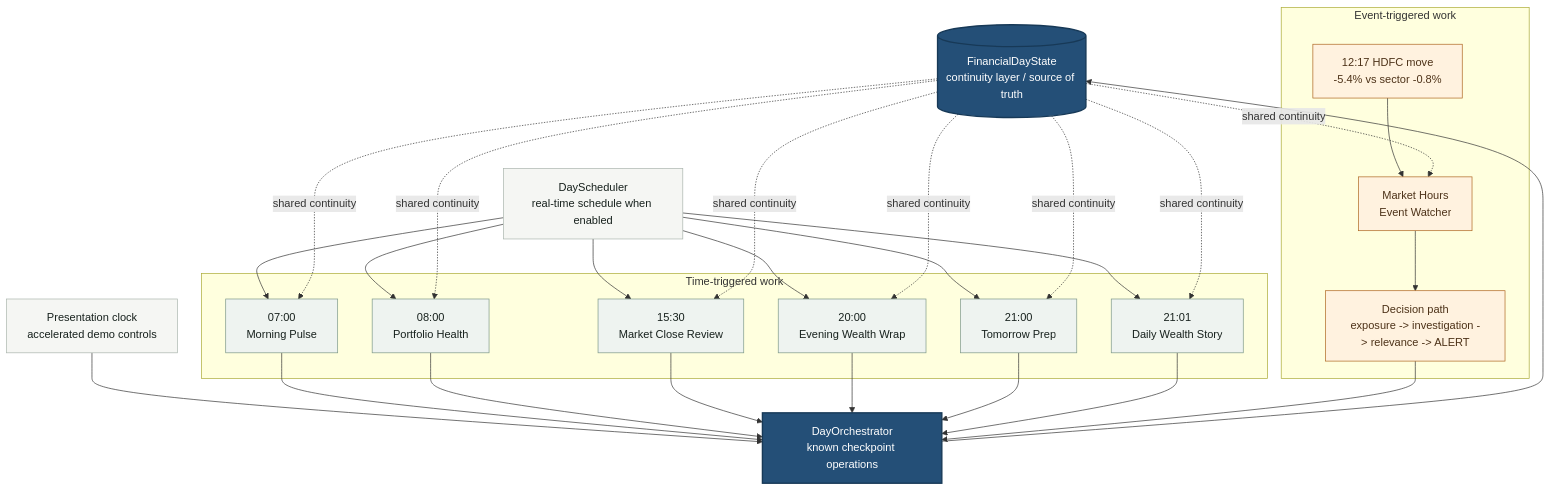
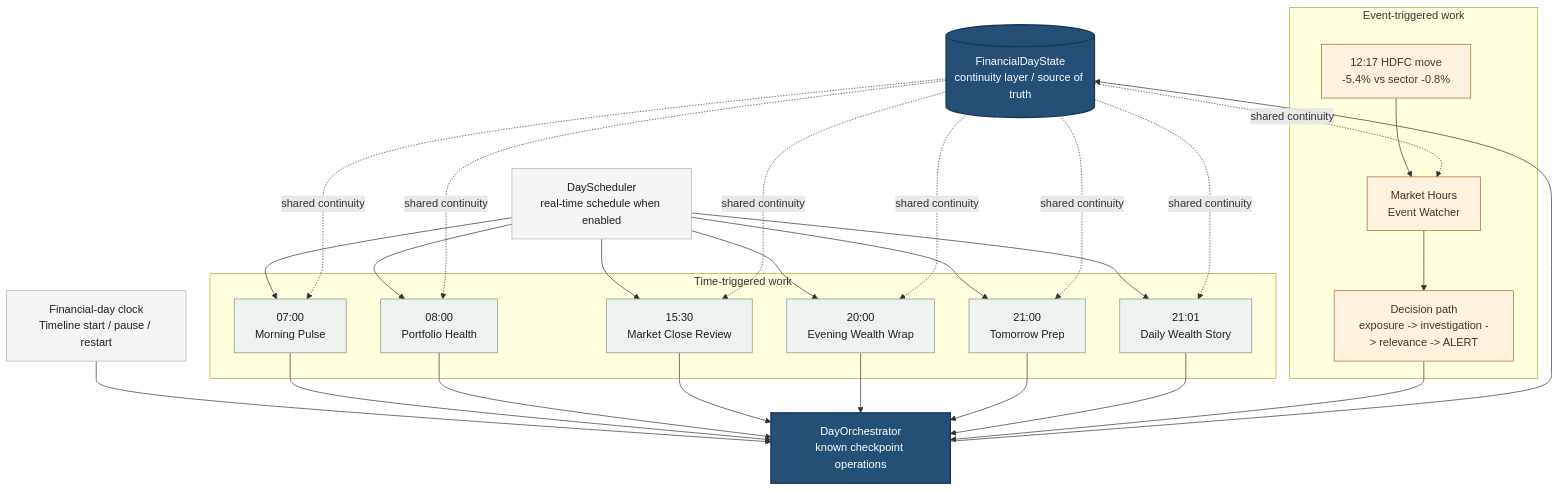
Before and after one commit to bhagyashrimeena/taskmaster: the third of 5 diagrams in backend/docs/system-architecture.md, drawn with Mermaid. The commit also changed other lines of this file and 166 other files, not shown here.

````diff
--- a/backend/docs/system-architecture.md
+++ b/backend/docs/system-architecture.md
@@ -116,45 +111,45 @@
 ```mermaid
 flowchart TB
     state[(FinancialDayState<br/>continuity layer / source of truth)]
 
     subgraph time[Time-triggered work]
         pulse[07:00<br/>Morning Pulse]
         health[08:00<br/>Portfolio Health]
         close[15:30<br/>Market Close Review]
         wrap[20:00<br/>Evening Wealth Wrap]
         tomorrow[21:00<br/>Tomorrow Prep]
         wealthstory[21:01<br/>Daily Wealth Story]
     end
 
     subgraph event[Event-triggered work]
         watcher[Market Hours<br/>Event Watcher]
         hdfc[12:17 HDFC move<br/>-5.4% vs sector -0.8%]
         alert[Decision path<br/>exposure -> investigation -> relevance -> ALERT]
     end
 
     orchestrator[DayOrchestrator<br/>known checkpoint operations]
     scheduler[DayScheduler<br/>real-time schedule when enabled]
-    clock[Presentation clock<br/>accelerated demo controls]
+    clock[Financial-day clock<br/>Timeline start / pause / restart]
 
     scheduler --> pulse & health & close & wrap & tomorrow & wealthstory
     clock --> orchestrator
     pulse --> orchestrator
     health --> orchestrator
     close --> orchestrator
     wrap --> orchestrator
     tomorrow --> orchestrator
     wealthstory --> orchestrator
     hdfc --> watcher --> alert --> orchestrator
     orchestrator --> state
     state -. shared continuity .-> pulse & health & watcher & close & wrap & tomorrow & wealthstory
 
     classDef timeTriggered fill:#eef3f0,color:#17211d,stroke:#7c9788;
     classDef eventTriggered fill:#fff2df,color:#4d3218,stroke:#ad641f;
     classDef stateStyle fill:#244f77,color:#fff,stroke:#173957,stroke-width:2px;
     classDef control fill:#f5f6f3,color:#17211d,stroke:#aab5ad;
 
     class pulse,health,close,wrap,tomorrow,wealthstory timeTriggered;
     class watcher,hdfc,alert eventTriggered;
     class state,orchestrator stateStyle;
     class scheduler,clock control;
 ```
````
